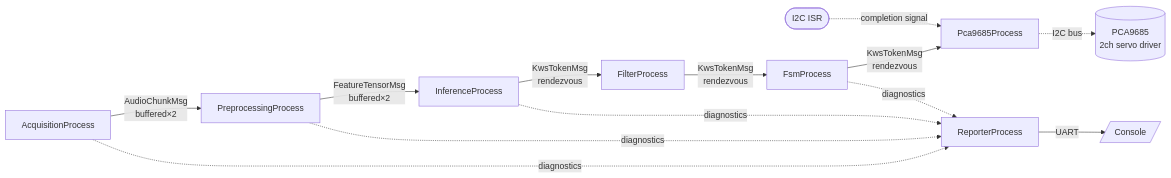
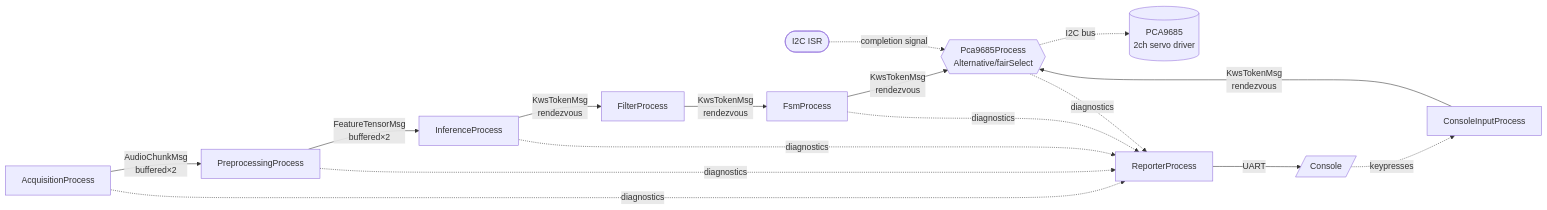
The first of 2 diagrams in EPII_CM55M_APP_S/app/scenario_app/csp4cmsis_kws_PCA9685_alt/README.md (OliverFaust/CSP4CMSIS), drawn with Mermaid before and after one commit. The commit also changed other lines of this file, not shown here.

Commit message:
Keybord alternative input readme.

````diff
--- a/EPII_CM55M_APP_S/app/scenario_app/csp4cmsis_kws_PCA9685_alt/README.md
+++ b/EPII_CM55M_APP_S/app/scenario_app/csp4cmsis_kws_PCA9685_alt/README.md
@@ -25,16 +26,19 @@
 ```mermaid
 flowchart LR
     Acq[AcquisitionProcess] -->|AudioChunkMsg<br/>buffered×2| Prep[PreprocessingProcess]
     Prep -->|FeatureTensorMsg<br/>buffered×2| Inf[InferenceProcess]
     Inf -->|KwsTokenMsg<br/>rendezvous| Filt[FilterProcess]
     Filt -->|KwsTokenMsg<br/>rendezvous| Fsm[FsmProcess]
-    Fsm -->|KwsTokenMsg<br/>rendezvous| Pca[Pca9685Process]
+    Fsm -->|KwsTokenMsg<br/>rendezvous| Pca{{Pca9685Process<br/>Alternative/fairSelect}}
+    Con[ConsoleInputProcess] -->|KwsTokenMsg<br/>rendezvous| Pca
     Pca -.I2C bus.-> HW[(PCA9685<br/>2ch servo driver)]
     ISR([I2C ISR]) -.completion signal.-> Pca
 
     Acq -.diagnostics.-> Rep[ReporterProcess]
     Prep -.diagnostics.-> Rep
     Inf -.diagnostics.-> Rep
     Fsm -.diagnostics.-> Rep
+    Pca -.diagnostics.-> Rep
     Rep -->|UART| Console[/Console/]
+    Console -.keypresses.-> Con
 ```
````
